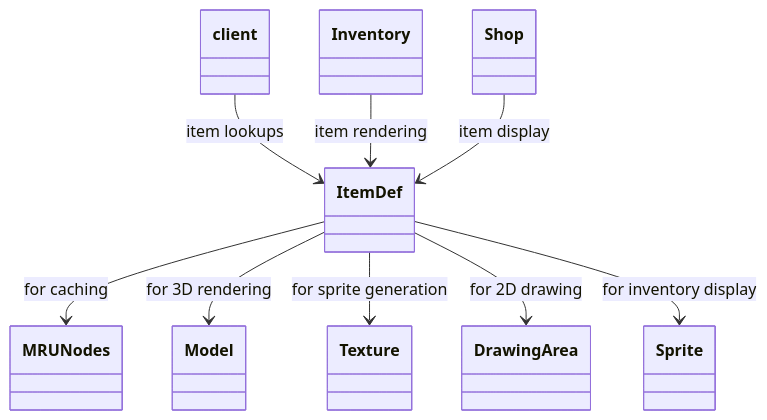
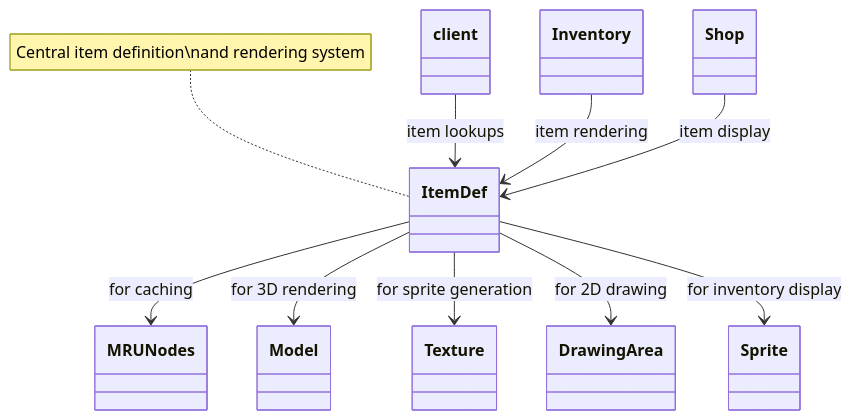
The diagram in bytecode/mapping/evidence/verified/ItemDef_DJRMEMXO.md (daxxog/solmud), drawn with Mermaid before and after one commit. The commit also changed other lines of this file and 69 other files, not shown here.

````diff
--- a/bytecode/mapping/evidence/verified/ItemDef_DJRMEMXO.md
+++ b/bytecode/mapping/evidence/verified/ItemDef_DJRMEMXO.md
@@ -16,11 +17,13 @@
 ```mermaid
 classDiagram
     ItemDef --> MRUNodes : for caching
     ItemDef --> Model : for 3D rendering
     ItemDef --> Texture : for sprite generation
     ItemDef --> DrawingArea : for 2D drawing
     ItemDef --> Sprite : for inventory display
     client --> ItemDef : item lookups
     Inventory --> ItemDef : item rendering
     Shop --> ItemDef : item display
+    
+    note for ItemDef "Central item definition\nand rendering system"
 ```
````
